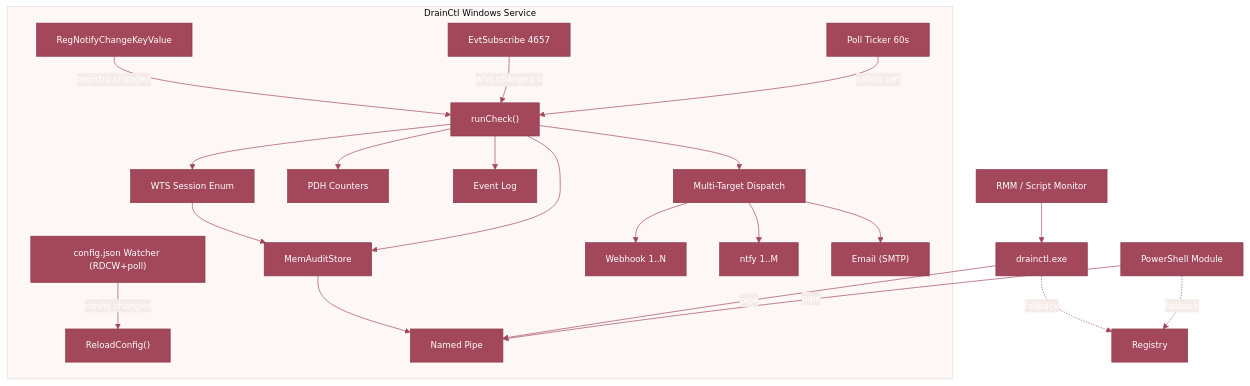
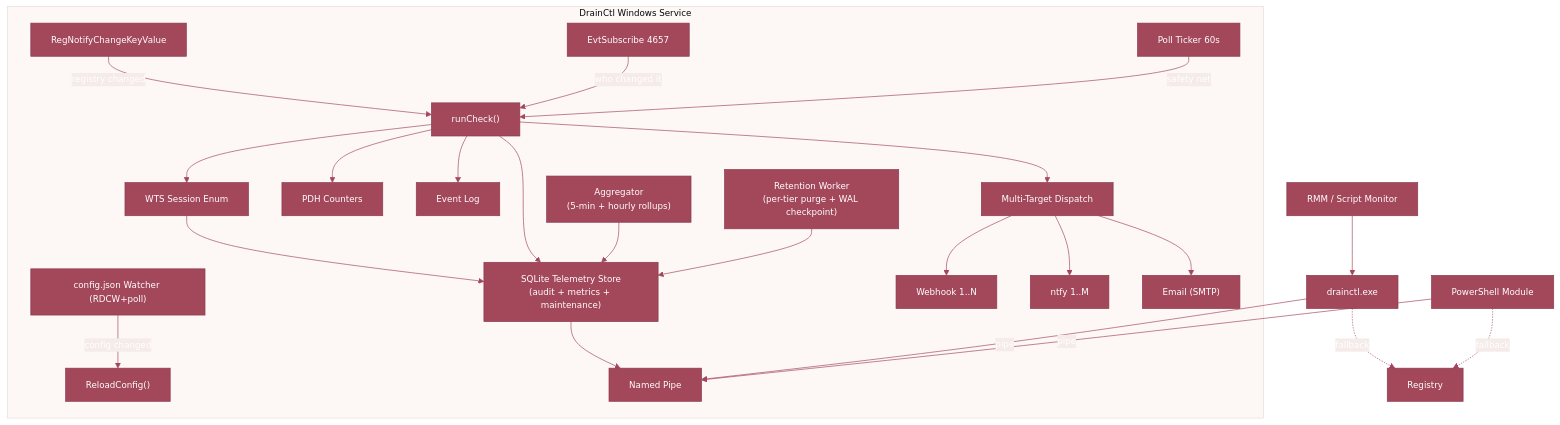
The first of 2 diagrams in README.md (LISSConsulting/LISSTech.DrainCtl), drawn with Mermaid before and after one commit. The commit also changed other lines of this file and 1 other file, not shown here.

First line of the commit message:
docs(007): T061 — refresh README for SQLite telemetry store

````diff
--- a/README.md
+++ b/README.md
@@ -62,27 +62,29 @@
 ```mermaid
 %%{init: {'theme': 'base', 'themeVariables': {'primaryColor': '#a3475b', 'primaryTextColor': '#fff', 'primaryBorderColor': '#8a3a4d', 'secondaryColor': '#f5ebe8', 'tertiaryColor': '#fdf8f6', 'lineColor': '#a3475b', 'fontFamily': 'monospace', 'fontSize': '13px'}}}%%
 graph TB
     subgraph SVC["DrainCtl Windows Service"]
         RNK["RegNotifyChangeKeyValue"] -->|"registry changed"| CHECK["runCheck()"]
         EVT["EvtSubscribe 4657"] -->|"who changed it"| CHECK
         POLL["Poll Ticker 60s"] -->|"safety net"| CHECK
         CFG["config.json Watcher (RDCW+poll)"] -->|"config changed"| RELOAD["ReloadConfig()"]
         CHECK --> SESS["WTS Session Enum"]
-        SESS --> STORE["MemAuditStore"]
+        SESS --> STORE["SQLite Telemetry Store<br/>(audit + metrics + maintenance)"]
         CHECK --> PERF["PDH Counters"]
         CHECK --> STORE
         CHECK --> ELOG["Event Log"]
         CHECK --> NOTIFY["Multi-Target Dispatch"]
         NOTIFY --> WH["Webhook 1..N"]
         NOTIFY --> NTFY["ntfy 1..M"]
         NOTIFY --> EMAIL["Email (SMTP)"]
         STORE --> PIPE["Named Pipe"]
+        AGG["Aggregator<br/>(5-min + hourly rollups)"] --> STORE
+        RET["Retention Worker<br/>(per-tier purge + WAL checkpoint)"] --> STORE
     end
 
     CLI["drainctl.exe"] -->|"pipe"| PIPE
     PS["PowerShell Module"] -->|"pipe"| PIPE
     RMM["RMM / Script Monitor"] --> CLI
 
     CLI -.->|"fallback"| REG["Registry"]
     PS -.->|"fallback"| REG
 ```
````
